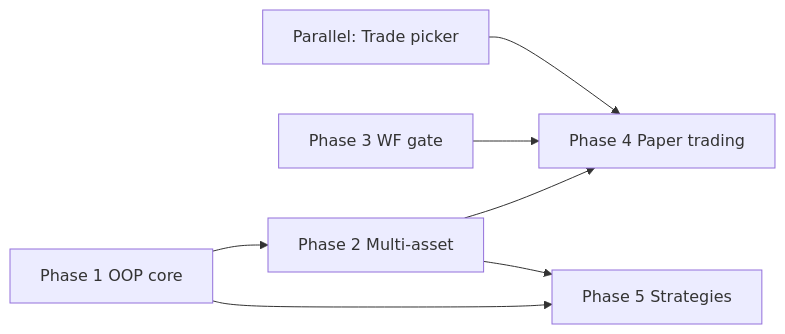
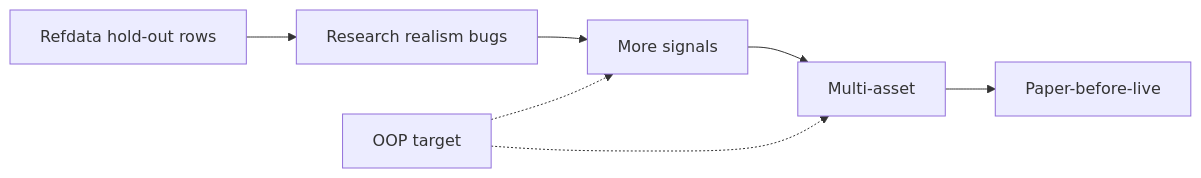
Before and after one commit to alfred1123/Quant_Strategies: the second of 4 diagrams in docs/architecture/comparison.md, drawn with Mermaid. The commit also changed other lines of this file, not shown here.

Commit message:
Bring the pro-quant comparison in line with the queue, promotion gates, and live apply that already run.

````diff
--- a/docs/architecture/comparison.md
+++ b/docs/architecture/comparison.md
@@ -434,9 +413,9 @@
 ```mermaid
 flowchart LR
-  P1[Phase 1 OOP core] --> P2[Phase 2 Multi-asset]
-  P2 --> P4[Phase 4 Paper trading]
-  P3[Phase 3 WF gate] --> P4
-  P1 --> P5[Phase 5 Strategies]
-  P2 --> P5
-  PT[Parallel: Trade picker] --> P4
+  G[Refdata hold-out rows] --> R[Research realism bugs]
+  R --> S[More signals]
+  S --> M[Multi-asset]
+  M --> P[Paper-before-live]
+  T[OOP target] -.-> S
+  T -.-> M
 ```
````
